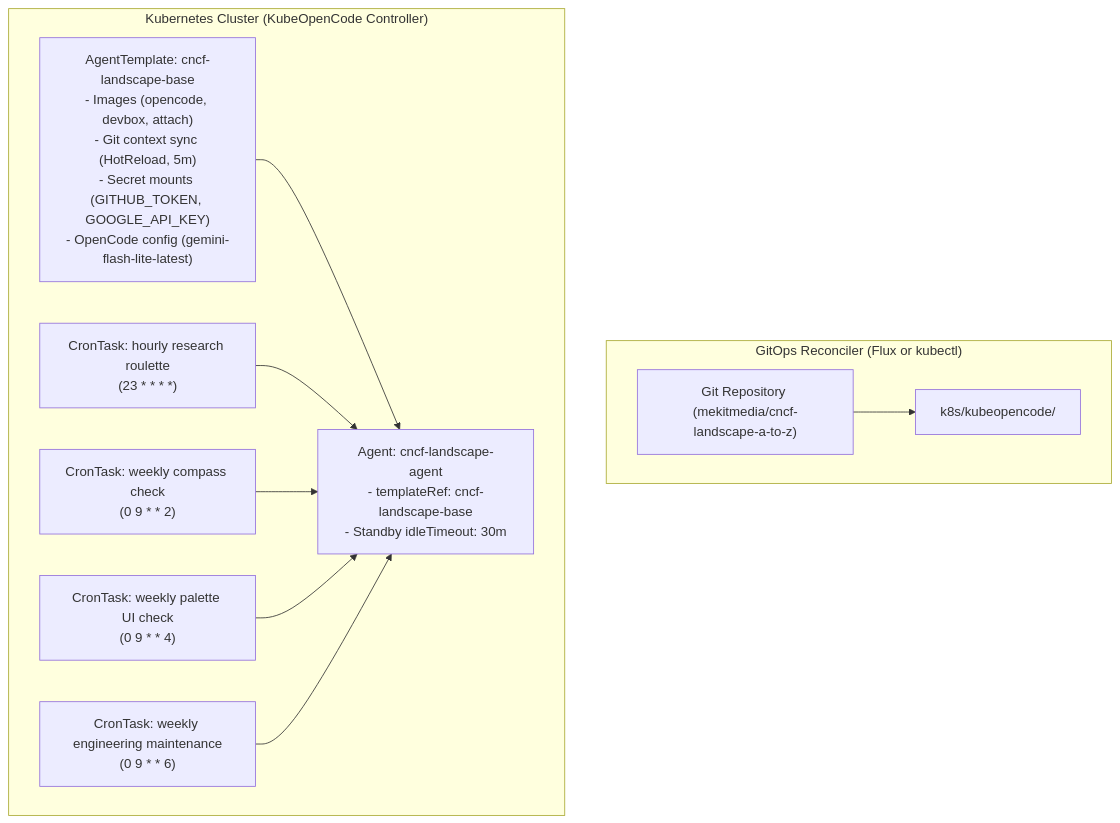
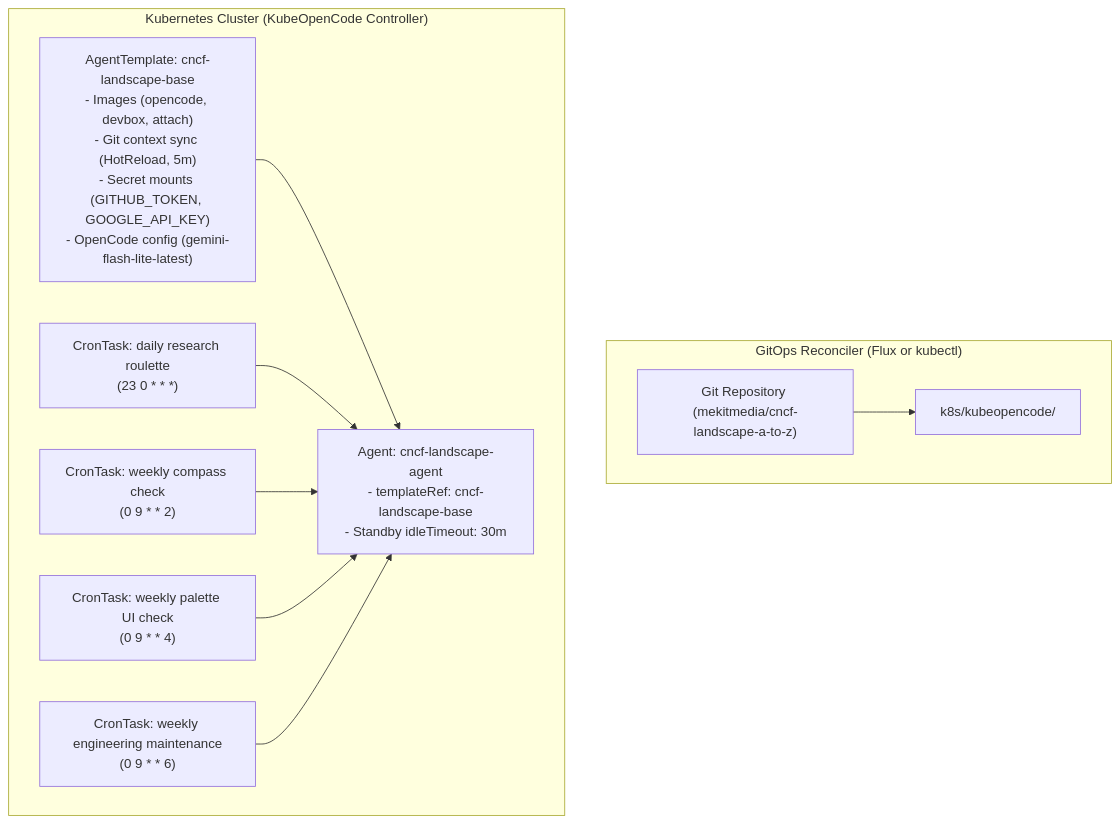
The diagram in docs/kubeopencode-agent-templates.md (mekitmedia/cncf-landscape-a-to-z), drawn with Mermaid before and after one commit. The commit also changed other lines of this file and 6 other files, not shown here.

Commit message:
feat(k8s): use schedule-agnostic CronTask names and set daily research evaluation schedule

````diff
--- a/docs/kubeopencode-agent-templates.md
+++ b/docs/kubeopencode-agent-templates.md
@@ -13,22 +13,22 @@
 ```mermaid
 graph TD
     subgraph GitOps["GitOps Reconciler (Flux or kubectl)"]
         GitRepo["Git Repository (mekitmedia/cncf-landscape-a-to-z)"] --> Kustomize["k8s/kubeopencode/"]
     end
 
     subgraph KubeOpenCode["Kubernetes Cluster (KubeOpenCode Controller)"]
         Template["AgentTemplate: cncf-landscape-base<br/>- Images (opencode, devbox, attach)<br/>- Git context sync (HotReload, 5m)<br/>- Secret mounts (GITHUB_TOKEN, GOOGLE_API_KEY)<br/>- OpenCode config (gemini-flash-lite-latest)"]
         Agent["Agent: cncf-landscape-agent<br/>- templateRef: cncf-landscape-base<br/>- Standby idleTimeout: 30m"]
         
-        Cron1["CronTask: hourly research roulette<br/>(23 * * * *)"]
+        Cron1["CronTask: daily research roulette<br/>(23 0 * * *)"]
         Cron2["CronTask: weekly compass check<br/>(0 9 * * 2)"]
         Cron3["CronTask: weekly palette UI check<br/>(0 9 * * 4)"]
         Cron4["CronTask: weekly engineering maintenance<br/>(0 9 * * 6)"]
 
         Template --> Agent
         Cron1 --> Agent
         Cron2 --> Agent
         Cron3 --> Agent
         Cron4 --> Agent
     end
 ```
````
